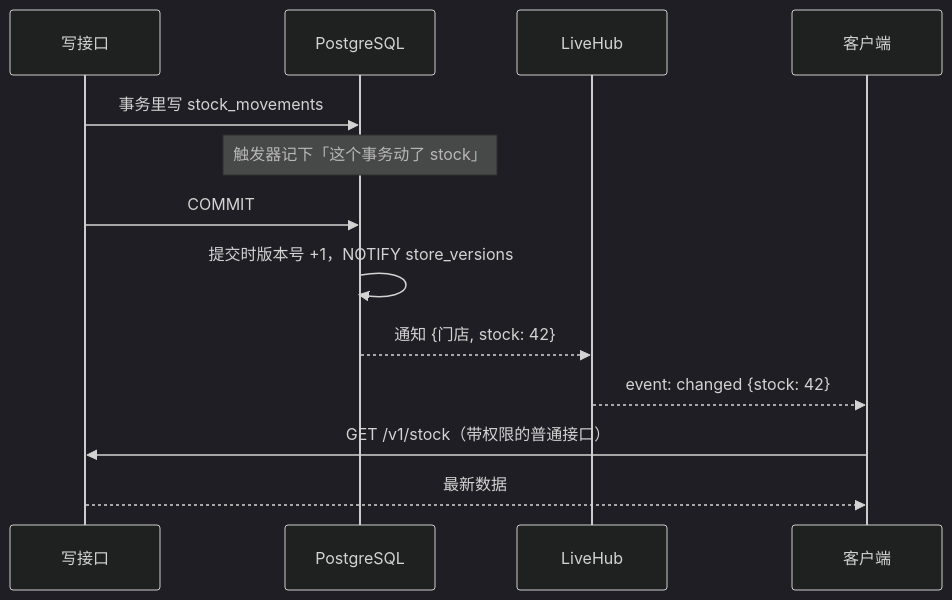
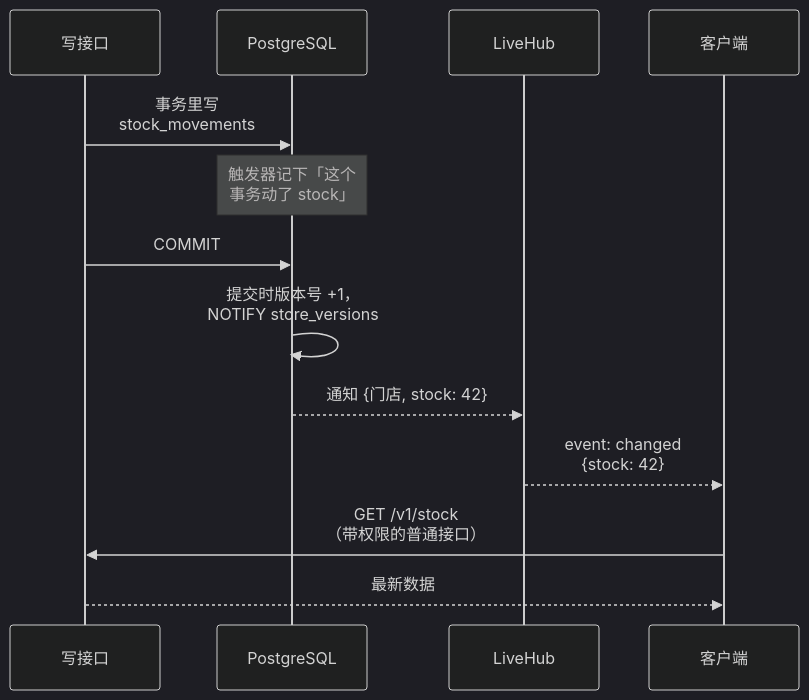
One commit to jarvis-pro/hatch-shelf changed the diagram in books/nestjs-backend/08-realtime.md. Above: the diagram before and after it, drawn with Mermaid (dark theme). The commit also changed 432 other files, not shown here.

````diff
--- a/books/nestjs-backend/08-realtime.md
+++ b/books/nestjs-backend/08-realtime.md
@@ -96,15 +96,15 @@
 ```mermaid
 sequenceDiagram
   participant W as 写接口
   participant DB as PostgreSQL
   participant H as LiveHub
   participant C as 客户端
-  W->>DB: 事务里写 stock_movements
-  Note over DB: 触发器记下「这个事务动了 stock」
+  W->>DB: 事务里写<br/>stock_movements
+  Note over DB: 触发器记下「这个<br/>事务动了 stock」
   W->>DB: COMMIT
-  DB->>DB: 提交时版本号 +1，NOTIFY store_versions
+  DB->>DB: 提交时版本号 +1，<br/>NOTIFY store_versions
   DB-->>H: 通知 {门店, stock: 42}
-  H-->>C: event: changed {stock: 42}
-  C->>W: GET /v1/stock（带权限的普通接口）
+  H-->>C: event: changed<br/>{stock: 42}
+  C->>W: GET /v1/stock<br/>（带权限的普通接口）
   W-->>C: 最新数据
 ```
````
